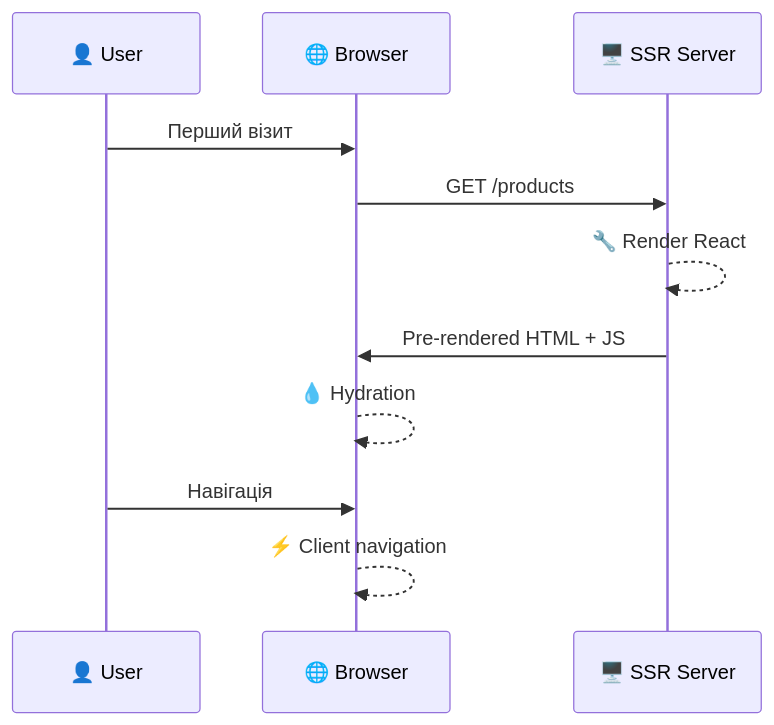
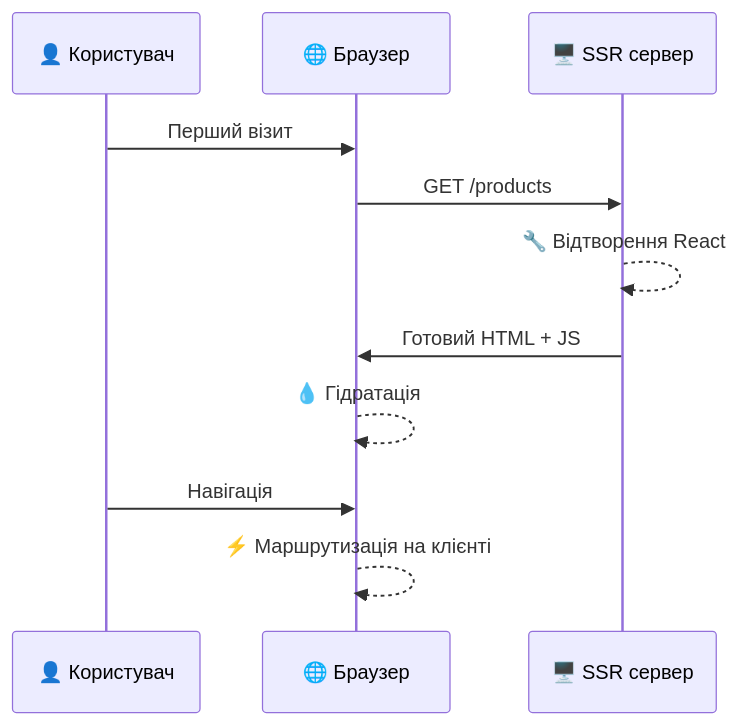
Diagram 12 of 17 in presentations/presentation-01.md (olroi421/course-web), drawn with Mermaid before and after one commit. The commit also changed other lines of this file and 4 other files, not shown here.

````diff
--- a/presentations/presentation-01.md
+++ b/presentations/presentation-01.md
@@ -401,15 +421,15 @@
 ```mermaid
 sequenceDiagram
-    participant U as 👤 User
-    participant B as 🌐 Browser
-    participant S as 🖥️ SSR Server
+    participant U as 👤 Користувач
+    participant B as 🌐 Браузер
+    participant S as 🖥️ SSR сервер
 
     U->>B: Перший візит
     B->>S: GET /products
-    S-->>S: 🔧 Render React
-    S->>B: Pre-rendered HTML + JS
-    B-->>B: 💧 Hydration
+    S-->>S: 🔧 Відтворення React
+    S->>B: Готовий HTML + JS
+    B-->>B: 💧 Гідратація
 
     U->>B: Навігація
-    B-->>B: ⚡ Client navigation
+    B-->>B: ⚡ Маршрутизація на клієнті
 ```
````
